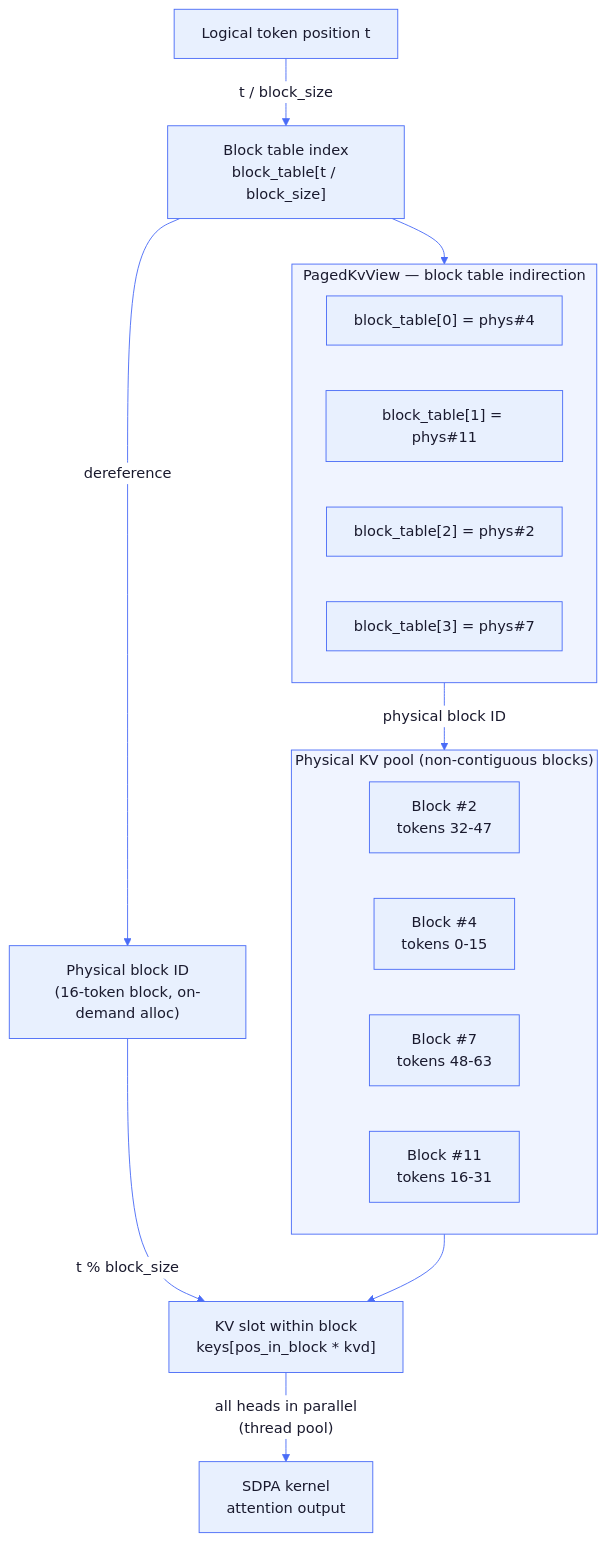
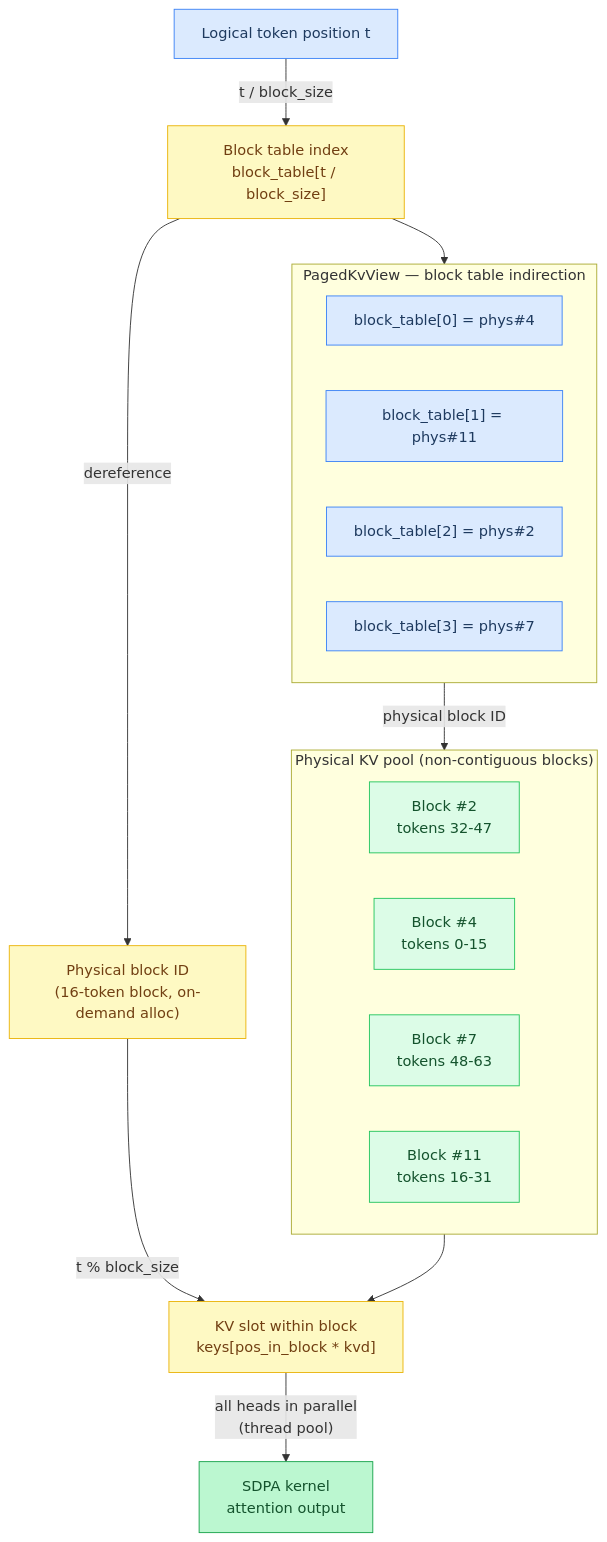
Before and after one commit to maci0/agave: the fifth of 7 diagrams in docs/tutorial/08-backends.md, drawn with Mermaid. The commit also changed other lines of this file and 24 other files, not shown here.

First line of the commit message:
docs: convert all mermaid diagrams to classDef semantic colors

````diff
--- a/docs/tutorial/08-backends.md
+++ b/docs/tutorial/08-backends.md
@@ -272,44 +279,41 @@
 ```mermaid
-%%{init: {'theme': 'base', 'themeVariables': {
-  'primaryColor': '#e8f0fe',
-  'primaryTextColor': '#1a1a2e',
-  'primaryBorderColor': '#4a6cf7',
-  'lineColor': '#4a6cf7',
-  'secondaryColor': '#f0f4ff',
-  'tertiaryColor': '#f8f9ff',
-  'edgeLabelBackground': '#ffffff',
-  'clusterBkg': '#f0f4ff',
-  'clusterBorder': '#4a6cf7',
-  'titleColor': '#1a1a2e',
-  'nodeTextColor': '#1a1a2e',
-  'fontFamily': 'ui-monospace, SFMono-Regular, monospace'
-}}}%%
 flowchart TD
-    Token["Logical token position t"]
+    classDef setup     fill:#dbeafe,stroke:#3b82f6,color:#1e3a5f
+    classDef sync      fill:#dcfce7,stroke:#22c55e,color:#14532d
+    classDef migration fill:#fef9c3,stroke:#eab308,color:#713f12
+    classDef success   fill:#bbf7d0,stroke:#16a34a,color:#14532d
+    classDef danger    fill:#fee2e2,stroke:#ef4444,color:#7f1d1d
+    classDef optional  fill:#f3e8ff,stroke:#9333ea,color:#581c87
 
-    Token -->|"t / block_size"| BlockIdx["Block table index\nblock_table[t / block_size]"]
-    BlockIdx -->|"dereference"| PhysBlock["Physical block ID\n(16-token block, on-demand alloc)"]
-    PhysBlock -->|"t % block_size"| KVSlot["KV slot within block\nkeys[pos_in_block * kvd]"]
+    Token["Logical token position t"]:::setup
+    BlockIdx["Block table index\nblock_table[t / block_size]"]:::migration
+    PhysBlock["Physical block ID\n(16-token block, on-demand alloc)"]:::migration
+    KVSlot["KV slot within block\nkeys[pos_in_block * kvd]"]:::migration
+    SDPA["SDPA kernel\nattention output"]:::success
+
+    Token -->|"t / block_size"| BlockIdx
+    BlockIdx -->|"dereference"| PhysBlock
+    PhysBlock -->|"t % block_size"| KVSlot
 
     subgraph BlockTable["PagedKvView — block table indirection"]
         direction LR
-        BT0["block_table[0] = phys#4"]
-        BT1["block_table[1] = phys#11"]
-        BT2["block_table[2] = phys#2"]
-        BT3["block_table[3] = phys#7"]
+        BT0["block_table[0] = phys#4"]:::setup
+        BT1["block_table[1] = phys#11"]:::setup
+        BT2["block_table[2] = phys#2"]:::setup
+        BT3["block_table[3] = phys#7"]:::setup
     end
 
     subgraph PhysPool["Physical KV pool (non-contiguous blocks)"]
         direction LR
-        P2["Block #2\ntokens 32-47"]
-        P4["Block #4\ntokens 0-15"]
-        P7["Block #7\ntokens 48-63"]
-        P11["Block #11\ntokens 16-31"]
+        P2["Block #2\ntokens 32-47"]:::sync
+        P4["Block #4\ntokens 0-15"]:::sync
+        P7["Block #7\ntokens 48-63"]:::sync
+        P11["Block #11\ntokens 16-31"]:::sync
     end
 
     BlockIdx --> BlockTable
     BlockTable -->|"physical block ID"| PhysPool
     PhysPool --> KVSlot
 
-    KVSlot -->|"all heads in parallel\n(thread pool)"| SDPA["SDPA kernel\nattention output"]
+    KVSlot -->|"all heads in parallel\n(thread pool)"| SDPA
 ```
````
